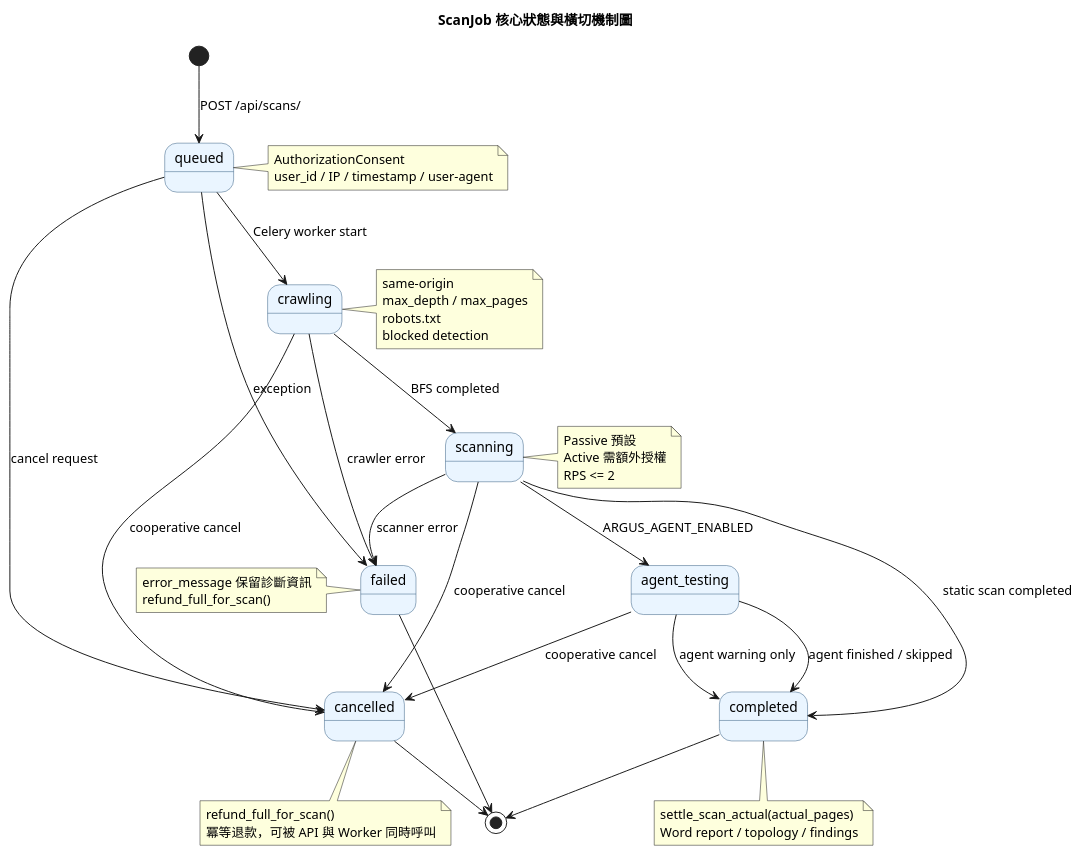
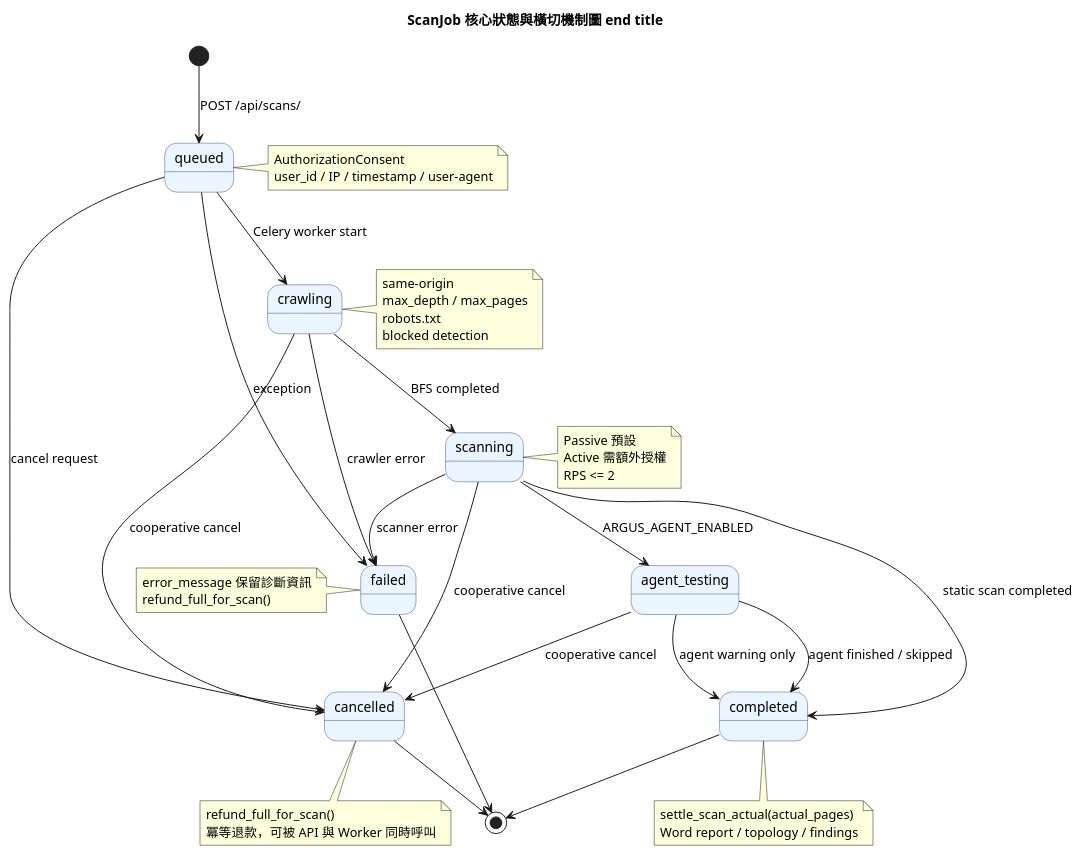
The third of 13 diagrams in PlantUML.md (Djude1/Argus), drawn with PlantUML before and after one commit. The commit also changed other lines of this file, not shown here.

````diff
--- a/PlantUML.md
+++ b/PlantUML.md
@@ -161,65 +161,65 @@
 ```plantuml
 @startuml
-title ScanJob 核心狀態與橫切機制圖
+title ScanJob 核心狀態與橫切機制圖 end title
 skinparam defaultFontName Microsoft JhengHei
 skinparam shadowing false
 skinparam state {
   BackgroundColor #EAF5FF
   BorderColor #315a7d
 }
 
 [*] --> queued : POST /api/scans/
 queued --> crawling : Celery worker start
 crawling --> scanning : BFS completed
 scanning --> agent_testing : ARGUS_AGENT_ENABLED
 scanning --> completed : static scan completed
 agent_testing --> completed : agent finished / skipped
 
 queued --> cancelled : cancel request
 crawling --> cancelled : cooperative cancel
 scanning --> cancelled : cooperative cancel
 agent_testing --> cancelled : cooperative cancel
 
 queued --> failed : exception
 crawling --> failed : crawler error
 scanning --> failed : scanner error
 agent_testing --> completed : agent warning only
 
 completed --> [*]
 cancelled --> [*]
 failed --> [*]
 
 note right of queued
   AuthorizationConsent
   user_id / IP / timestamp / user-agent
 end note
 
 note right of crawling
   same-origin
   max_depth / max_pages
   robots.txt
   blocked detection
 end note
 
 note right of scanning
   Passive 預設
   Active 需額外授權
   RPS <= 2
 end note
 
 note bottom of completed
   settle_scan_actual(actual_pages)
   Word report / topology / findings
 end note
 
 note bottom of cancelled
   refund_full_for_scan()
   冪等退款，可被 API 與 Worker 同時呼叫
 end note
 
 note left of failed
   error_message 保留診斷資訊
   refund_full_for_scan()
 end note
 @enduml
 ```
````
